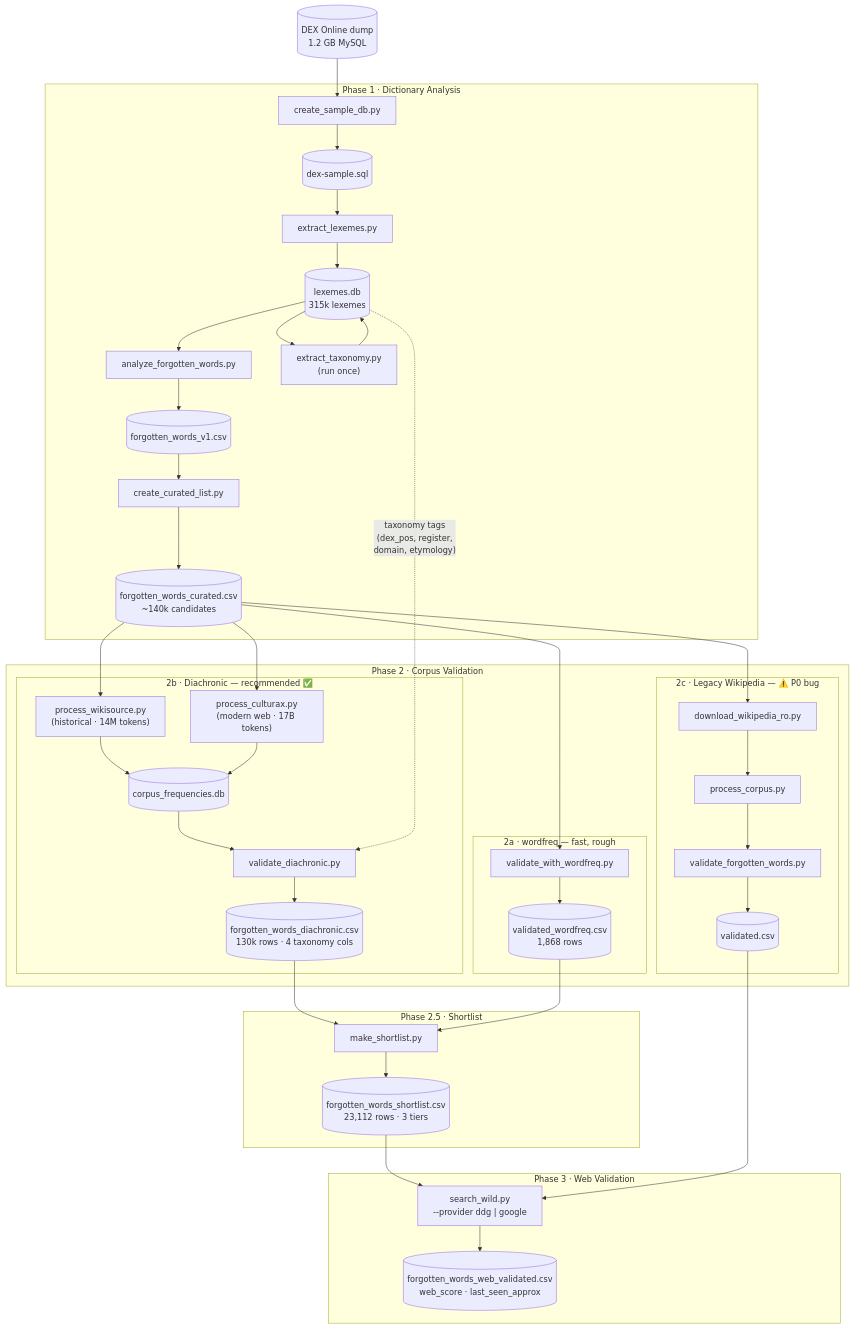
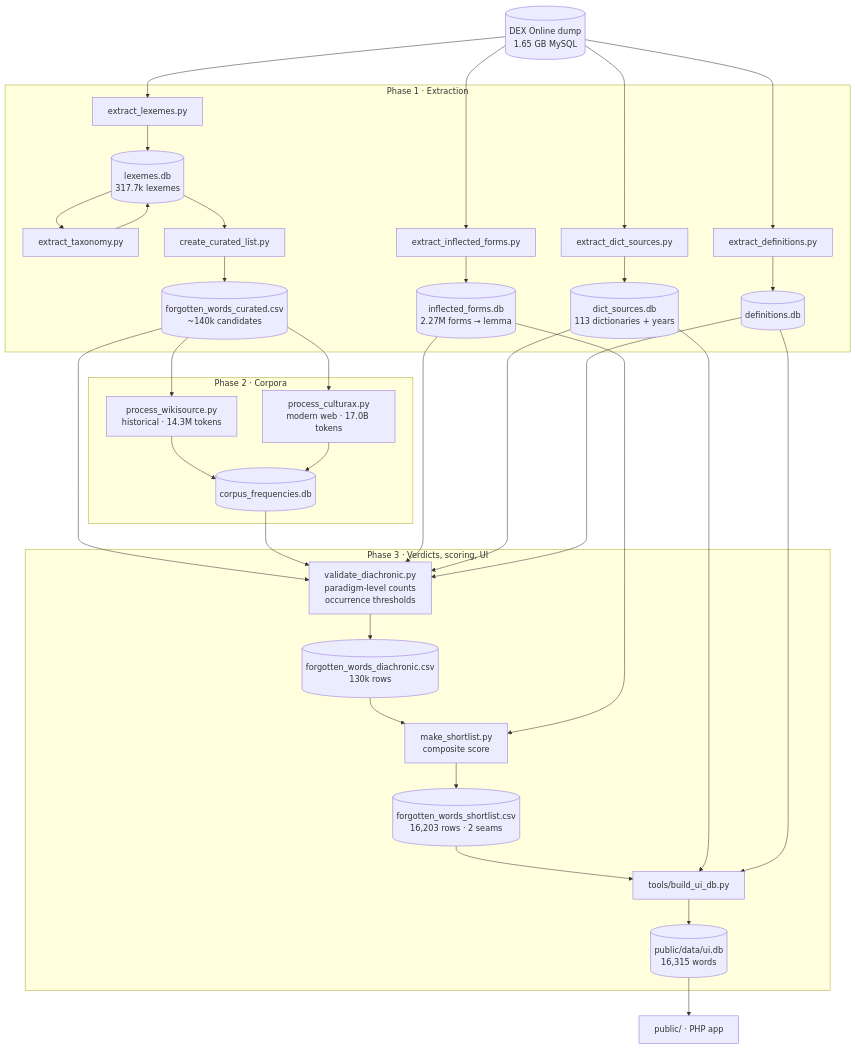
One commit to gov2-ro/otzios changed the first of 2 diagrams in readme.md. Above: the diagram before and after it, drawn with Mermaid. The commit also changed other lines of this file and 38 other files, not shown here.

First line of the commit message:
fix(pipeline): paradigm-aware verdicts, occurrence thresholds, two seams

````diff
--- a/readme.md
+++ b/readme.md
@@ -29,45 +29,39 @@
 ```mermaid
 flowchart TD
-    DEX[("DEX Online dump\n1.2 GB MySQL")]
+    DEX[("DEX Online dump<br/>1.65 GB MySQL")]
 
-    subgraph P1["Phase 1 · Dictionary Analysis"]
-        A["create_sample_db.py"] --> B[("dex-sample.sql")]
-        B --> C["extract_lexemes.py"] --> D[("lexemes.db\n315k lexemes")]
-        D --> E["analyze_forgotten_words.py"] --> F[("forgotten_words_v1.csv")]
-        F --> G["create_curated_list.py"] --> H[("forgotten_words_curated.csv\n~140k candidates")]
-        D --> TAX["extract_taxonomy.py\n(run once)"] --> D
+    subgraph P1["Phase 1 · Extraction"]
+        C["extract_lexemes.py"] --> D[("lexemes.db<br/>317.7k lexemes")]
+        D --> TAX["extract_taxonomy.py"] --> D
+        IF["extract_inflected_forms.py"] --> IFDB[("inflected_forms.db<br/>2.27M forms → lemma")]
+        DS["extract_dict_sources.py"] --> DSDB[("dict_sources.db<br/>113 dictionaries + years")]
+        DEFS["extract_definitions.py"] --> DEFDB[("definitions.db")]
+        D --> G["create_curated_list.py"] --> H[("forgotten_words_curated.csv<br/>~140k candidates")]
     end
 
-    subgraph P2["Phase 2 · Corpus Validation"]
-        subgraph P2A["2a · wordfreq — fast, rough"]
-            WF["validate_with_wordfreq.py"] --> WF_OUT[("validated_wordfreq.csv\n1,868 rows")]
-        end
-        subgraph P2B["2b · Diachronic — recommended ✅"]
-            WS["process_wikisource.py\n(historical · 14M tokens)"]
-            CX["process_culturax.py\n(modern web · 17B tokens)"]
-            WS & CX --> CORP[("corpus_frequencies.db")]
-            CORP --> DIA["validate_diachronic.py"] --> DIA_OUT[("forgotten_words_diachronic.csv\n130k rows · 4 taxonomy cols")]
-        end
-        subgraph P2C["2c · Legacy Wikipedia — ⚠️ P0 bug"]
-            DL["download_wikipedia_ro.py"] --> PC["process_corpus.py"] --> VFW["validate_forgotten_words.py"] --> LEG[("validated.csv")]
-        end
+    subgraph P2["Phase 2 · Corpora"]
+        WS["process_wikisource.py<br/>historical · 14.3M tokens"]
+        CX["process_culturax.py<br/>modern web · 17.0B tokens"]
+        WS & CX --> CORP[("corpus_frequencies.db")]
     end
 
-    subgraph P25["Phase 2.5 · Shortlist"]
-        SL["make_shortlist.py"] --> SL_OUT[("forgotten_words_shortlist.csv\n23,112 rows · 3 tiers")]
+    subgraph P3["Phase 3 · Verdicts, scoring, UI"]
+        DIA["validate_diachronic.py<br/>paradigm-level counts<br/>occurrence thresholds"]
+        DIA --> DIA_OUT[("forgotten_words_diachronic.csv<br/>130k rows")]
+        DIA_OUT --> SL["make_shortlist.py<br/>composite score"]
+        SL --> SL_OUT[("forgotten_words_shortlist.csv<br/>16,203 rows · 2 seams")]
+        SL_OUT --> UI["tools/build_ui_db.py"] --> UIDB[("public/data/ui.db<br/>16,315 words")]
     end
 
-    subgraph P3["Phase 3 · Web Validation"]
-        SW["search_wild.py\n--provider ddg | google"] --> WEB_OUT[("forgotten_words_web_validated.csv\nweb_score · last_seen_approx")]
-    end
-
-    DEX --> A
-    H --> WF
+    DEX --> C & IF & DS & DEFS
     H --> WS & CX
-    H --> DL
-    D -.->|"taxonomy tags\n(dex_pos, register,\ndomain, etymology)"| DIA
-    DIA_OUT --> SL
-    WF_OUT --> SL
-    SL_OUT --> SW
-    LEG --> SW
+    H --> DIA
+    CORP --> DIA
+    IFDB --> DIA
+    DSDB --> DIA
+    DEFDB --> DIA
+    IFDB --> SL
+    DSDB --> UI
+    DEFDB --> UI
+    UIDB --> PHP["public/ · PHP app"]
 ```
````
